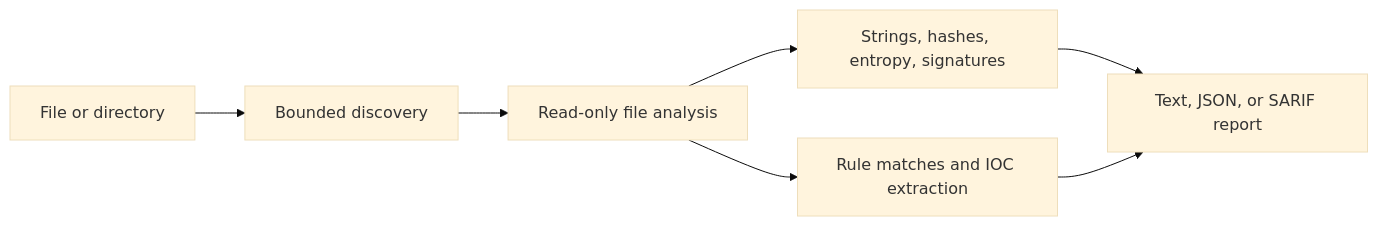
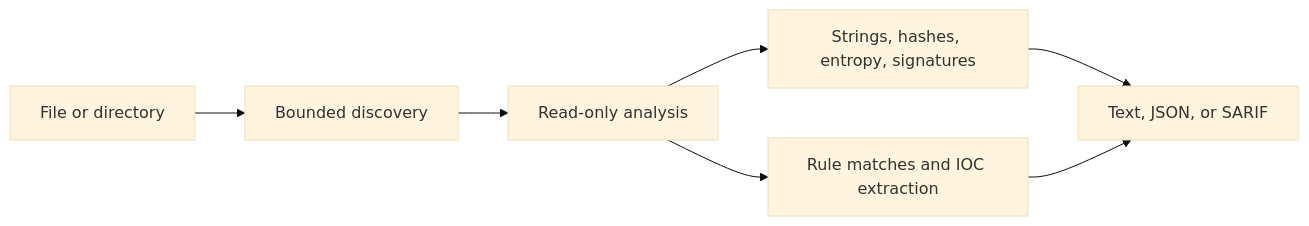
One commit to thurein2003/SensitiveWordAnalyzer changed the diagram in README.md. Above: the diagram before and after it, drawn with Mermaid (base theme). The commit also changed other lines of this file and 1 other file, not shown here.

````diff
--- a/README.md
+++ b/README.md
@@ -68,9 +40,9 @@
 ```mermaid
 flowchart LR
     A[File or directory] --> B[Bounded discovery]
-    B --> C[Read-only file analysis]
+    B --> C[Read-only analysis]
     C --> D[Strings, hashes, entropy, signatures]
     C --> E[Rule matches and IOC extraction]
-    D --> F[Text, JSON, or SARIF report]
+    D --> F[Text, JSON, or SARIF]
     E --> F
 ```
````
